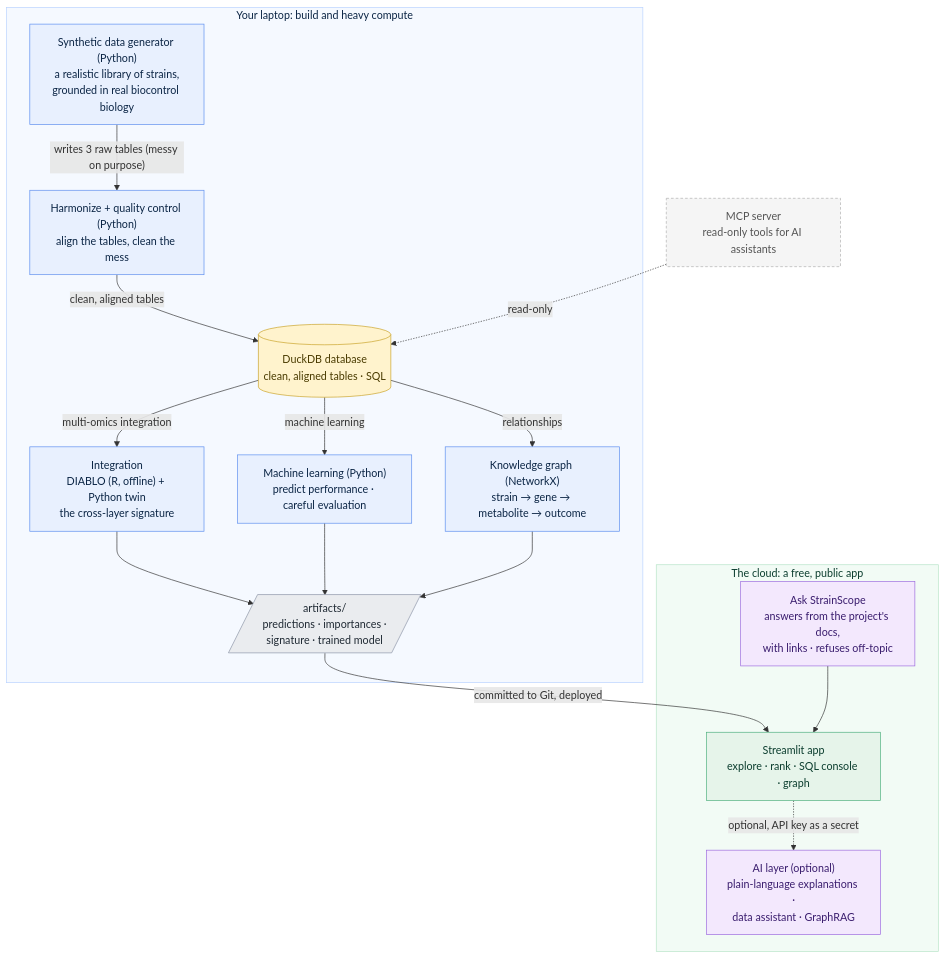
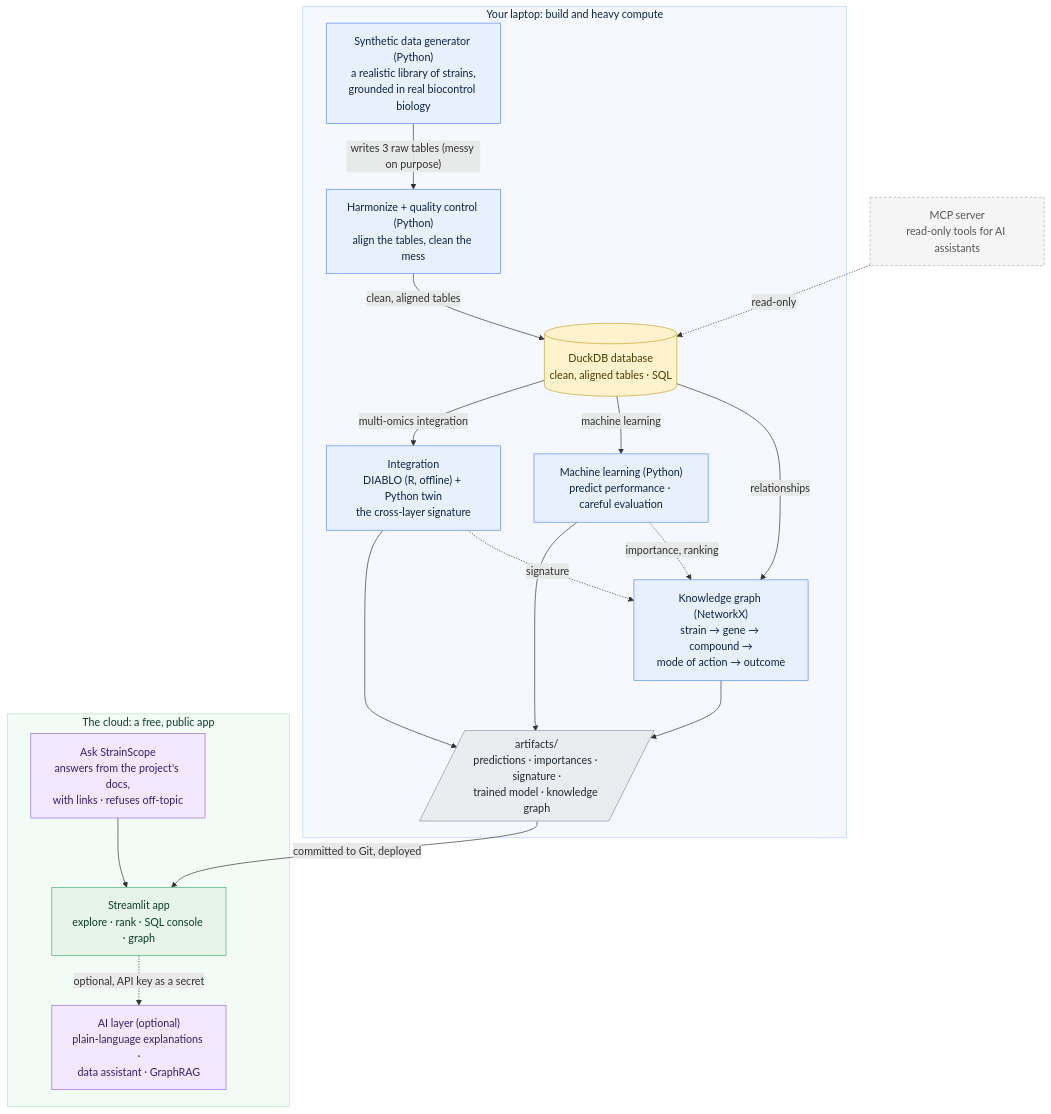
One commit to akannan2987/strainscope changed the diagram in README.md. Above: the diagram before and after it, drawn with Mermaid. The commit also changed other lines of this file and 38 other files, not shown here.

Commit message:
feat: add the knowledge graph with ontology, sourced edges, communities and explanations

````diff
--- a/README.md
+++ b/README.md
@@ -126,45 +127,47 @@
 ```mermaid
 flowchart TD
     subgraph LAPTOP["Your laptop: build and heavy compute"]
         A["Synthetic data generator (Python)<br/>a realistic library of strains,<br/>grounded in real biocontrol biology"]
         B["Harmonize + quality control (Python)<br/>align the tables, clean the mess"]
         C[("DuckDB database<br/>clean, aligned tables · SQL")]
         D["Integration<br/>DIABLO (R, offline) + Python twin<br/>the cross-layer signature"]
         E["Machine learning (Python)<br/>predict performance · careful evaluation"]
-        F["Knowledge graph (NetworkX)<br/>strain → gene → metabolite → outcome"]
-        G[/"artifacts/<br/>predictions · importances ·<br/>signature · trained model"/]
+        F["Knowledge graph (NetworkX)<br/>strain → gene → compound →<br/>mode of action → outcome"]
+        G[/"artifacts/<br/>predictions · importances · signature ·<br/>trained model · knowledge graph"/]
     end
     subgraph CLOUD["The cloud: a free, public app"]
         H["Streamlit app<br/>explore · rank · SQL console · graph"]
         I["AI layer (optional)<br/>plain-language explanations ·<br/>data assistant · GraphRAG"]
         Q["Ask StrainScope<br/>answers from the project's docs,<br/>with links · refuses off-topic"]
     end
     M["MCP server<br/>read-only tools for AI assistants"]
     A -->|"writes 3 raw tables (messy on purpose)"| B
     B -->|clean, aligned tables| C
     C -->|multi-omics integration| D
     C -->|machine learning| E
     C -->|relationships| F
     D --> G
     E --> G
+    D -.->|signature| F
+    E -.->|importance, ranking| F
     F --> G
     G -->|committed to Git, deployed| H
     H -.->|optional, API key as a secret| I
     Q --> H
     M -.->|read-only| C
 
     classDef laptop fill:#E8F0FE,stroke:#5B8DEF,color:#0B2545;
     classDef store fill:#FFF3CD,stroke:#C9A227,color:#4A3B00;
     classDef artifact fill:#EAECEF,stroke:#8A94A6,color:#1F2933;
     classDef cloud fill:#E6F4EA,stroke:#4CAF7D,color:#0B3D2E;
     classDef ai fill:#F3E8FD,stroke:#9C6ADE,color:#3A1D6E;
     classDef roadmap fill:#F5F5F5,stroke:#B0B0B0,color:#555555,stroke-dasharray:4 3;
     class A,B,D,E,F laptop
     class C store
     class G artifact
     class H cloud
     class I,Q ai
     class M roadmap
     style LAPTOP fill:#F5F9FF,stroke:#B9D2FF,color:#0B2545
     style CLOUD fill:#F2FBF5,stroke:#B7E4C7,color:#0B3D2E
 ```
````
